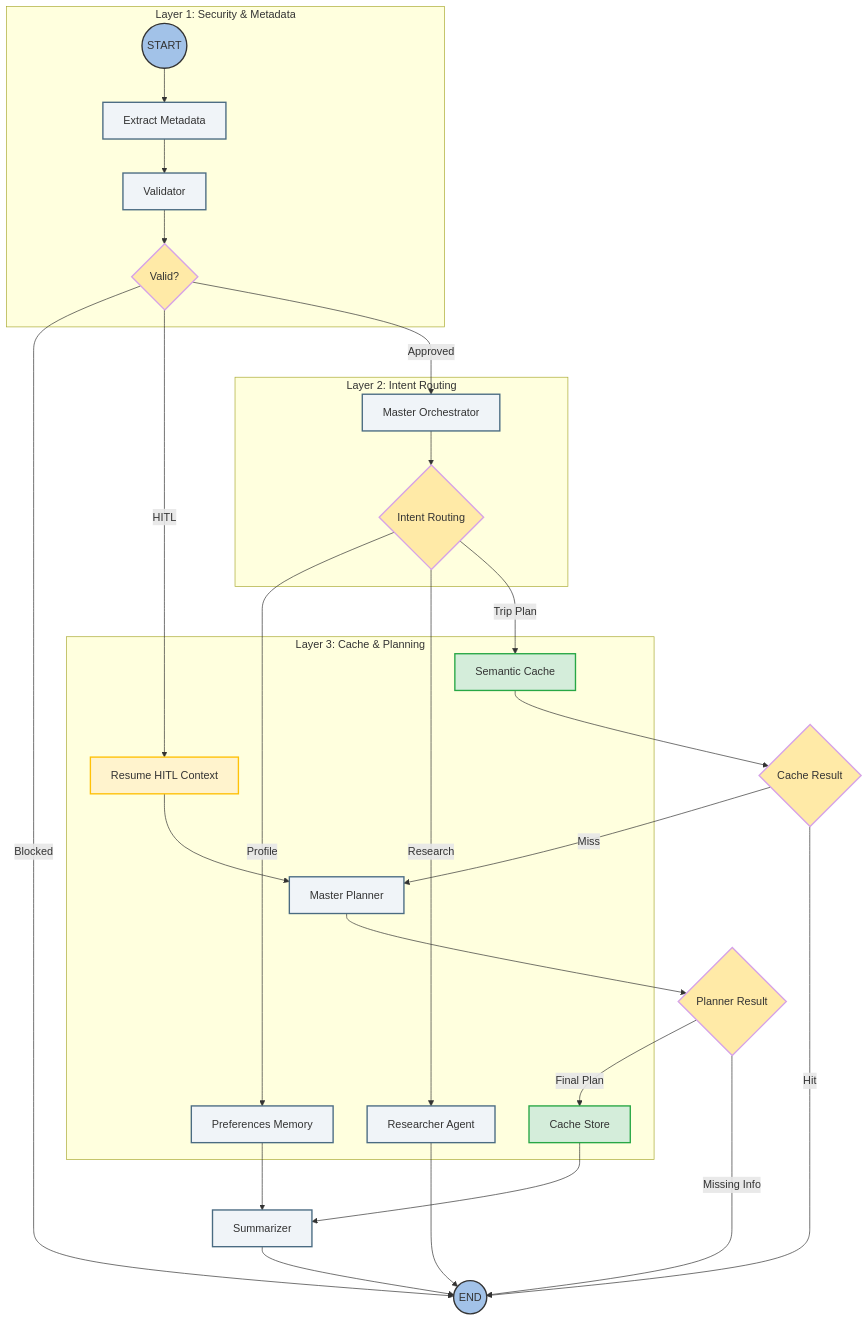
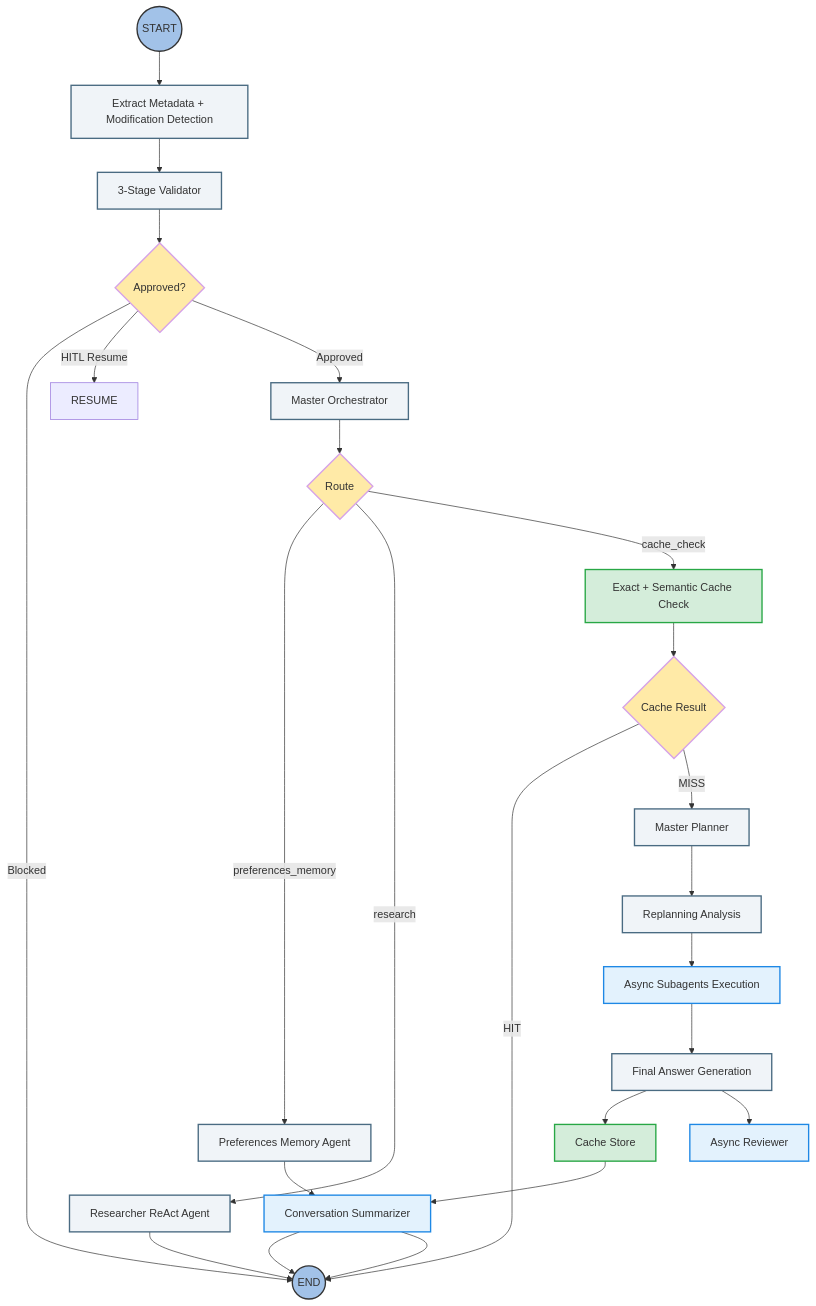
One commit to eladdamti100/travel-agent changed the diagram in GRAPHS.md. Above: the diagram before and after it, drawn with Mermaid. The commit also changed 1 other file, not shown here.

Commit message:
Enhance replanning logic to ensure it only activates with a valid previous trip context

````diff
--- a/GRAPHS.md
+++ b/GRAPHS.md
@@ -6,64 +6,70 @@
 ```mermaid
 graph TD
-    %% Styling Configuration
+
     classDef startEnd fill:#A2C2E8,stroke:#333,stroke-width:2px,rx:10px,ry:10px;
-    classDef coreProcess fill:#F0F4F8,stroke:#4A6B82,stroke-width:2px;
-    classDef routerStyle fill:#FFEAA7,stroke:#D6A2E8,stroke-width:2px,shape:diamond;
-    classDef cacheStyle fill:#D4EDDA,stroke:#28A745,stroke-width:2px;
-    classDef hitlStyle fill:#FFF3CD,stroke:#FFC107,stroke-width:2px;
+    classDef process fill:#F0F4F8,stroke:#4A6B82,stroke-width:2px;
+    classDef router fill:#FFEAA7,stroke:#D6A2E8,stroke-width:2px;
+    classDef cache fill:#D4EDDA,stroke:#28A745,stroke-width:2px;
+    classDef async fill:#E3F2FD,stroke:#1E88E5,stroke-width:2px;
+    classDef hitl fill:#FFF3CD,stroke:#FFC107,stroke-width:2px;
 
-    %% Subgraphs for visual clarity
-    subgraph Guardrails [Layer 1: Security & Metadata]
-        START((START)):::startEnd
-        EXTRACT_META[Extract Metadata]:::coreProcess
-        VALIDATOR[Validator]:::coreProcess
-        ROUTE_VAL{Valid?}:::routerStyle
-    end
+    START((START)):::startEnd
 
-    subgraph Orchestration [Layer 2: Intent Routing]
-        MASTER_ORCH[Master Orchestrator]:::coreProcess
-        ROUTE_ORCH{Intent Routing}:::routerStyle
-    end
+    EXTRACT[Extract Metadata + Modification Detection]:::process
+    VALIDATOR[3-Stage Validator]:::process
+    VALID_ROUTE{Approved?}:::router
 
-    subgraph Execution [Layer 3: Cache & Planning]
-        PREFS_MEM[Preferences Memory]:::coreProcess
-        RESEARCHER[Researcher Agent]:::coreProcess
-        CACHE_CHECK[Semantic Cache]:::cacheStyle
-        RESUME_HITL[Resume HITL Context]:::hitlStyle
-        MASTER_PLANNER[Master Planner]:::coreProcess
-        CACHE_STORE[Cache Store]:::cacheStyle
-    end
+    ORCH[Master Orchestrator]:::process
+    ORCH_ROUTE{Route}:::router
 
-    SUMMARIZER[Summarizer]:::coreProcess
-    END_NODE((END)):::startEnd
+    PREFS[Preferences Memory Agent]:::process
+    RESEARCHER[Researcher ReAct Agent]:::process
 
-    %% Flow Paths
-    START --> EXTRACT_META
-    EXTRACT_META --> VALIDATOR
-    VALIDATOR --> ROUTE_VAL
-    
-    ROUTE_VAL -- Blocked --> END_NODE
-    ROUTE_VAL -- HITL --> RESUME_HITL
-    ROUTE_VAL -- Approved --> MASTER_ORCH
-    
-    RESUME_HITL --> MASTER_PLANNER
-    MASTER_ORCH --> ROUTE_ORCH
-    
-    ROUTE_ORCH -- "Profile" --> PREFS_MEM
-    ROUTE_ORCH -- "Research" --> RESEARCHER
-    ROUTE_ORCH -- "Trip Plan" --> CACHE_CHECK
-    
-    PREFS_MEM --> SUMMARIZER
-    RESEARCHER --> END_NODE
-    
-    CACHE_CHECK --> ROUTE_CACHE{Cache Result}:::routerStyle
-    ROUTE_CACHE -- "Hit" --> END_NODE
-    ROUTE_CACHE -- "Miss" --> MASTER_PLANNER
-    
-    MASTER_PLANNER --> ROUTE_PLAN{Planner Result}:::routerStyle
-    ROUTE_PLAN -- "Missing Info" --> END_NODE
-    ROUTE_PLAN -- "Final Plan" --> CACHE_STORE
-    
+    CACHE_CHECK[Exact + Semantic Cache Check]:::cache
+    CACHE_ROUTE{Cache Result}:::router
+
+    PLANNER[Master Planner]:::process
+    REPLAN[Replanning Analysis]:::process
+    SUBAGENTS[Async Subagents Execution]:::async
+
+    FINAL[Final Answer Generation]:::process
+
+    CACHE_STORE[Cache Store]:::cache
+    SUMMARIZER[Conversation Summarizer]:::async
+    REVIEWER[Async Reviewer]:::async
+
+    END((END)):::startEnd
+
+    START --> EXTRACT
+    EXTRACT --> VALIDATOR
+    VALIDATOR --> VALID_ROUTE
+
+    VALID_ROUTE -- Blocked --> END
+    VALID_ROUTE -- HITL Resume --> RESUME
+    VALID_ROUTE -- Approved --> ORCH
+
+    ORCH --> ORCH_ROUTE
+
+    ORCH_ROUTE -- preferences_memory --> PREFS
+    ORCH_ROUTE -- research --> RESEARCHER
+    ORCH_ROUTE -- cache_check --> CACHE_CHECK
+
+    PREFS --> SUMMARIZER --> END
+
+    RESEARCHER --> END
+
+    CACHE_CHECK --> CACHE_ROUTE
+
+    CACHE_ROUTE -- HIT --> END
+    CACHE_ROUTE -- MISS --> PLANNER
+
+    PLANNER --> REPLAN
+    REPLAN --> SUBAGENTS
+    SUBAGENTS --> FINAL
+
+    FINAL --> CACHE_STORE
+    FINAL --> REVIEWER
     CACHE_STORE --> SUMMARIZER
-    SUMMARIZER --> END_NODE
+
+    SUMMARIZER --> END
 ```
````
